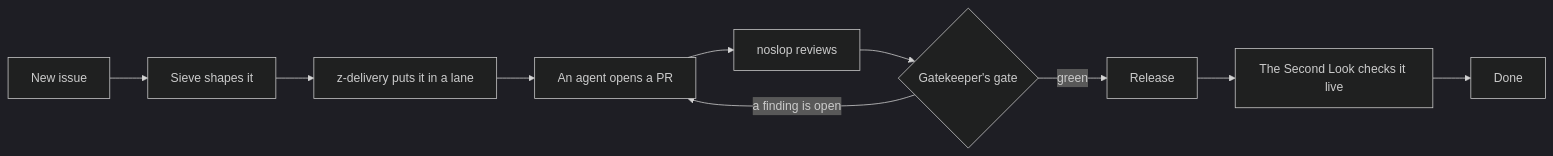
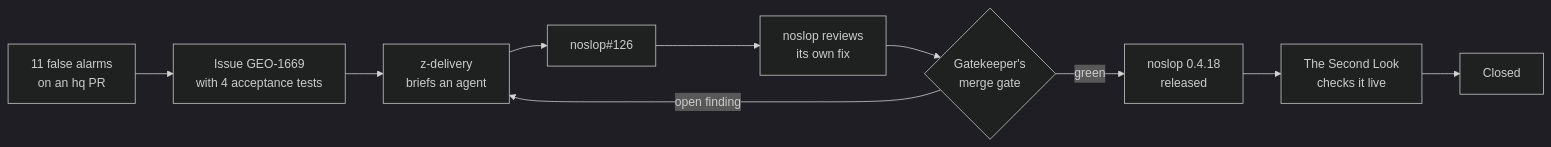
The diagram in README.md (zgeoff/hq), drawn with Mermaid (dark theme) before and after one commit. The commit also changed other lines of this file, not shown here.

````diff
--- a/README.md
+++ b/README.md
@@ -94,12 +99,12 @@
 ```mermaid
 flowchart LR
-  issue[New issue] --> sieve[Sieve shapes it]
-  sieve --> lane[z-delivery puts it in a lane]
-  lane --> agent[An agent opens a PR]
-  agent --> review[noslop reviews]
-  review --> gate{Gatekeeper's gate}
-  gate -- a finding is open --> agent
-  gate -- green --> release[Release]
-  release --> qa[The Second Look checks it live]
-  qa --> done[Done]
+  report[11 false alarms<br/>on an hq PR] --> issue[Issue GEO-1669<br/>with 4 acceptance tests]
+  issue --> agent[z-delivery<br/>briefs an agent]
+  agent --> pr[noslop#126]
+  pr --> review[noslop reviews<br/>its own fix]
+  review --> gate{Gatekeeper's<br/>merge gate}
+  gate -- open finding --> agent
+  gate -- green --> release[noslop 0.4.18<br/>released]
+  release --> qa[The Second Look<br/>checks it live]
+  qa --> done[Closed]
 ```
````
